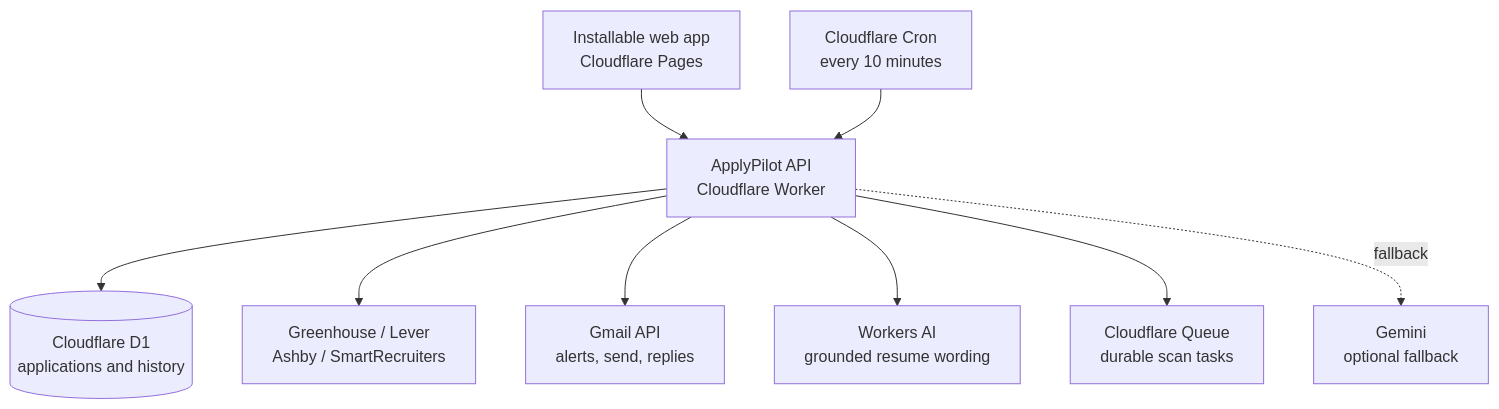
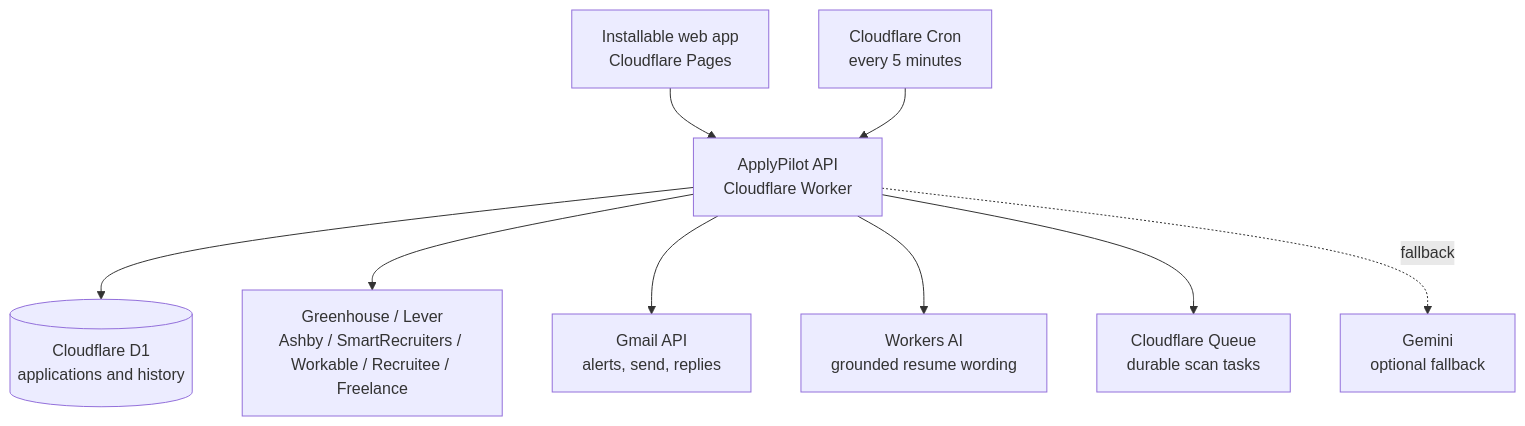
Before and after one commit to rizz1406/apply-pilot: the second of 2 diagrams in README.md, drawn with Mermaid. The commit also changed other lines of this file and 12 other files, not shown here.

````diff
--- a/README.md
+++ b/README.md
@@ -72,11 +74,11 @@
 ```mermaid
 flowchart TB
     UI[Installable web app<br/>Cloudflare Pages] --> API[ApplyPilot API<br/>Cloudflare Worker]
     API --> DB[(Cloudflare D1<br/>applications and history)]
-    API --> ATS[Greenhouse / Lever<br/>Ashby / SmartRecruiters]
+    API --> ATS[Greenhouse / Lever<br/>Ashby / SmartRecruiters / Workable / Recruitee / Freelance]
     API --> GMAIL[Gmail API<br/>alerts, send, replies]
     API --> AI[Workers AI<br/>grounded resume wording]
     API --> QUEUE[Cloudflare Queue<br/>durable scan tasks]
     API -. fallback .-> GEMINI[Gemini<br/>optional fallback]
-    CRON[Cloudflare Cron<br/>every 10 minutes] --> API
+    CRON[Cloudflare Cron<br/>every 5 minutes] --> API
 ```
````
